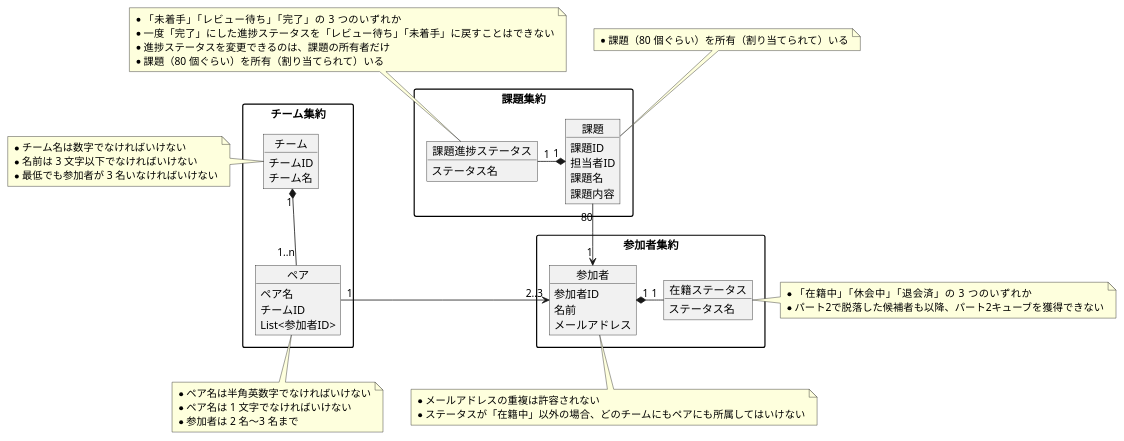
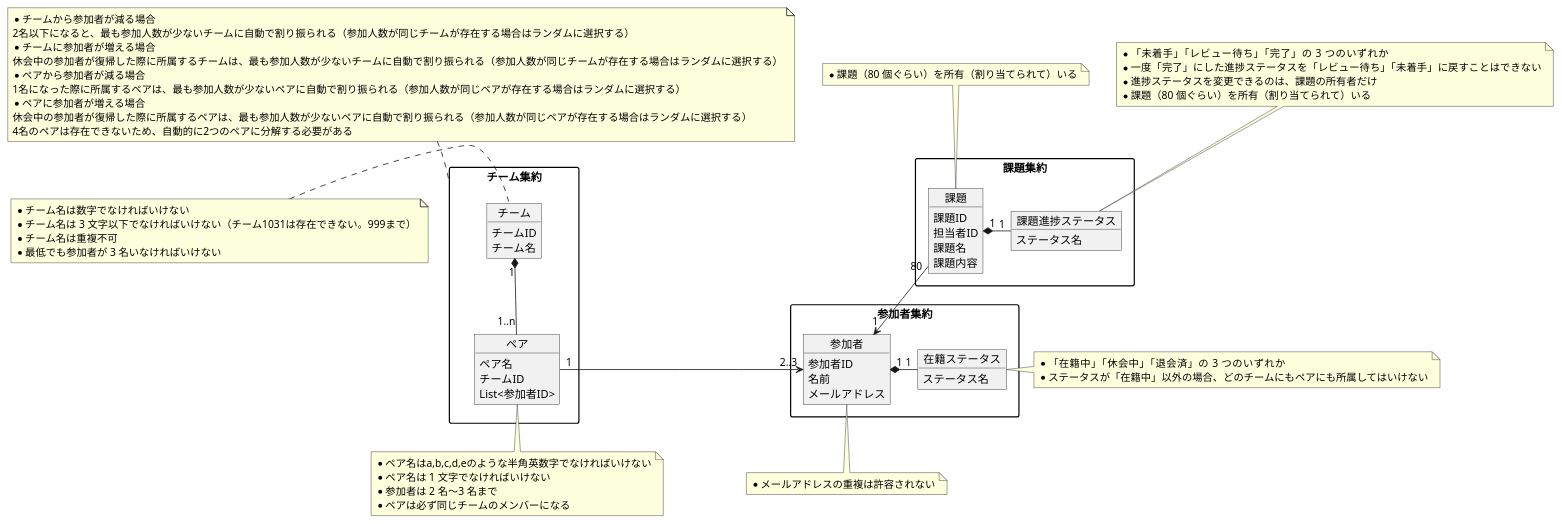
Before and after one commit to tsubasa1122/praha-challenge-ddd: the diagram in design/domain-model/domain-model.wsd, drawn with PlantUML. The commit also changed 1 other file, not shown here.

```diff
--- a/design/domain-model/domain-model.wsd
+++ b/design/domain-model/domain-model.wsd
@@ -1,79 +1,91 @@
 @startuml praha-challenge
 skinparam PackageStyle rectangle
 
 package チーム集約 {
     object チーム {
         チームID
         チーム名
     }
     object ペア {
         ペア名
         チームID
         List<参加者ID>
     }
 }
 
 package 参加者集約 {
     object 参加者 {
         参加者ID
         名前
         メールアドレス
     }
     object 在籍ステータス {
         ステータス名
     }
 }
 
 package 課題集約 {
     object 課題 {
         課題ID
         担当者ID
         課題名
         課題内容
     }
-      object 課題進捗ステータス {
+    object 課題進捗ステータス {
         ステータス名
     }
 }
 
+note top of チーム集約
+    * チームから参加者が減る場合
+    2名以下になると、最も参加人数が少ないチームに自動で割り振られる（参加人数が同じチームが存在する場合はランダムに選択する）
+    * チームに参加者が増える場合
+    休会中の参加者が復帰した際に所属するチームは、最も参加人数が少ないチームに自動で割り振られる（参加人数が同じチームが存在する場合はランダムに選択する）
+    * ペアから参加者が減る場合
+    1名になった際に所属するペアは、最も参加人数が少ないペアに自動で割り振られる（参加人数が同じペアが存在する場合はランダムに選択する）
+    * ペアに参加者が増える場合
+    休会中の参加者が復帰した際に所属するペアは、最も参加人数が少ないペアに自動で割り振られる（参加人数が同じペアが存在する場合はランダムに選択する）
+    4名のペアは存在できないため、自動的に2つのペアに分解する必要がある
+end note
+
 note left of チーム
     * チーム名は数字でなければいけない
-    * 名前は 3 文字以下でなければいけない
+    * チーム名は 3 文字以下でなければいけない（チーム1031は存在できない。999まで）
+    * チーム名は重複不可
     * 最低でも参加者が 3 名いなければいけない
 end note
 
 note bottom of ペア
-    * ペア名は半角英数字でなければいけない
+    * ペア名はa,b,c,d,eのような半角英数字でなければいけない
     * ペア名は 1 文字でなければいけない
     * 参加者は 2 名〜3 名まで
+    * ペアは必ず同じチームのメンバーになる
 end note
 
 note bottom of 参加者
     * メールアドレスの重複は許容されない
-    * ステータスが「在籍中」以外の場合、どのチームにもペアにも所属してはいけない
 end note
 
 note right of 在籍ステータス
     * 「在籍中」「休会中」「退会済」の 3 つのいずれか
-    * パート2で脱落した候補者も以降、パート2キューブを獲得できない
+    * ステータスが「在籍中」以外の場合、どのチームにもペアにも所属してはいけない
+end note
+
+note top of 課題
+    * 課題（80 個ぐらい）を所有（割り当てられて）いる
 end note
 
 note top of 課題進捗ステータス
     * 「未着手」「レビュー待ち」「完了」の 3 つのいずれか
     * 一度「完了」にした進捗ステータスを「レビュー待ち」「未着手」に戻すことはできない
     * 進捗ステータスを変更できるのは、課題の所有者だけ
     * 課題（80 個ぐらい）を所有（割り当てられて）いる
 end note
 
-note top of 課題
-    * 課題（80 個ぐらい）を所有（割り当てられて）いる
-end note
-
-
 課題 "1" *-left- "1" 課題進捗ステータス
 参加者 "1" <-up- "80" 課題
 在籍ステータス "1" -left-* "1" 参加者
 参加者 "2..3" <-right- "1" ペア
 チーム "1" *-down- "1..n" ペア
 
 @enduml
```
